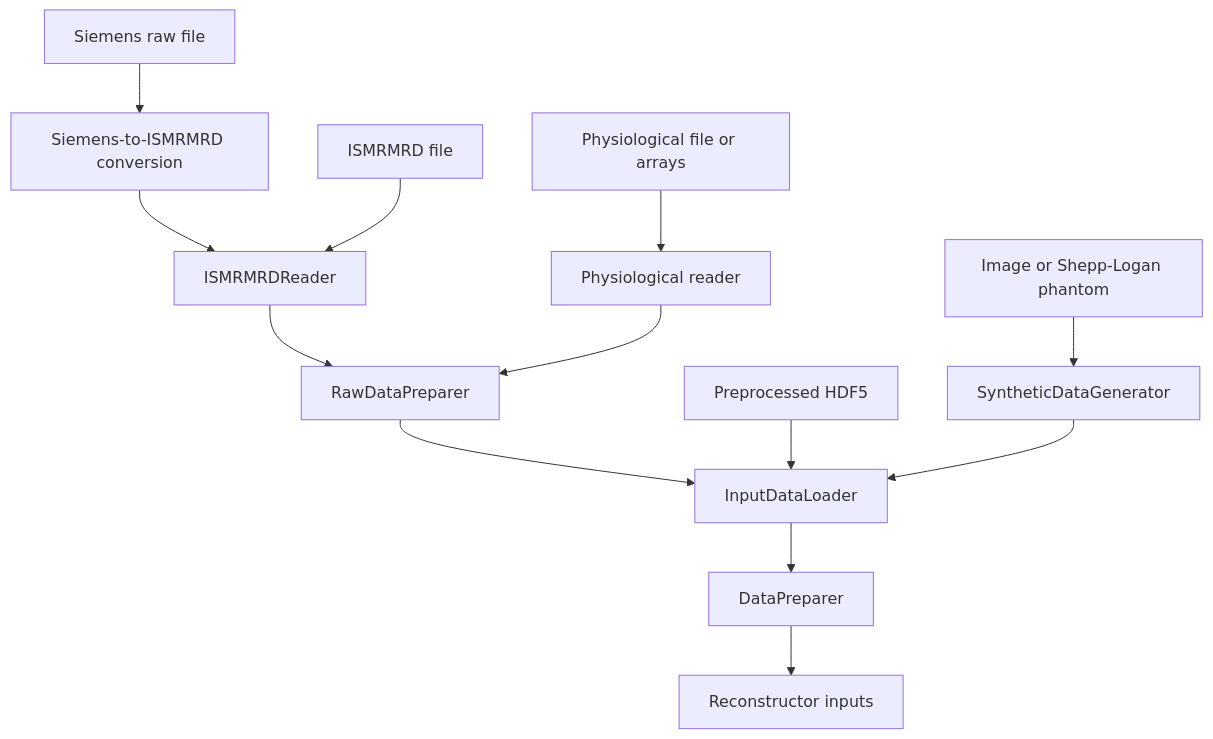
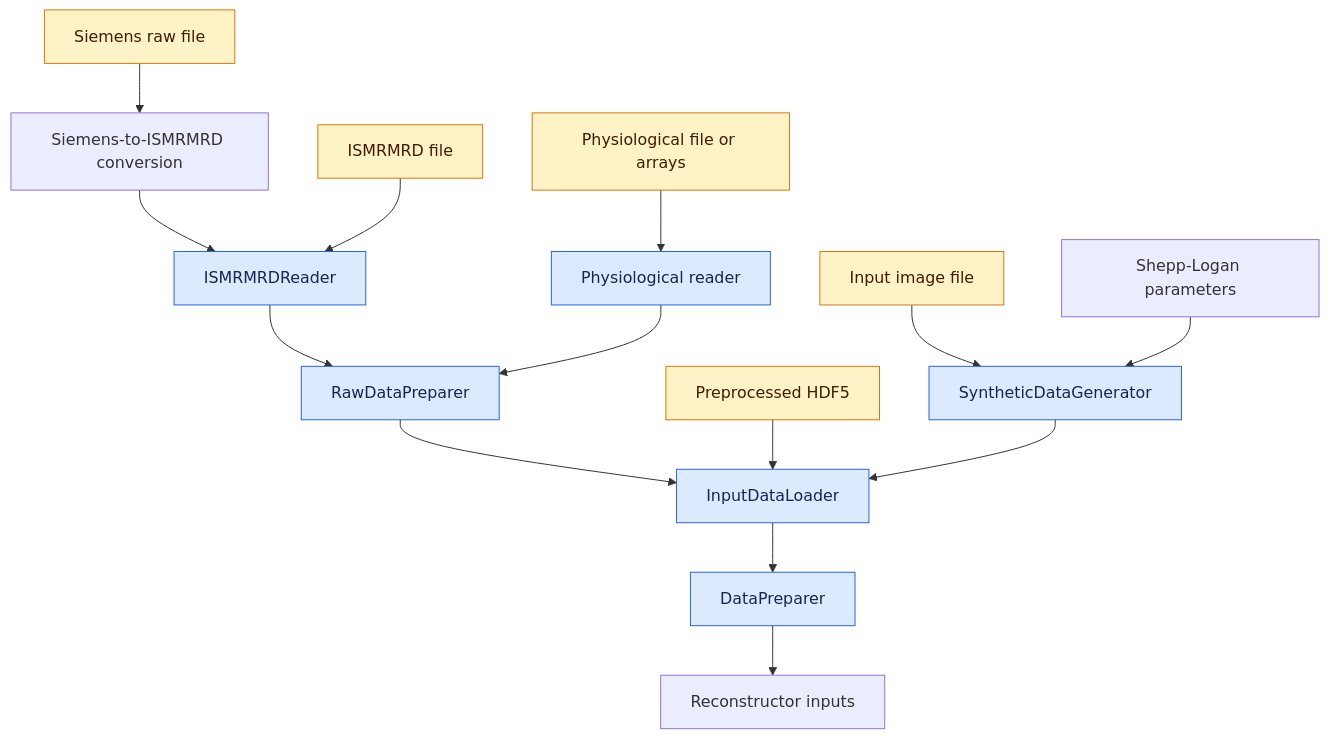
Before and after one commit to IADI-Nancy/GRICS-torch: the diagram in docs/architecture/preprocessing.md, drawn with Mermaid. The commit also changed other lines of this file, not shown here.

Commit message:
Formatting of the architecture docs

````diff
--- a/docs/architecture/preprocessing.md
+++ b/docs/architecture/preprocessing.md
@@ -10,15 +10,21 @@
 ```mermaid
 flowchart TD
     Siemens[Siemens raw file] --> Converter[Siemens-to-ISMRMRD conversion]
     Converter --> MRD[ISMRMRDReader]
     ISMRMRD[ISMRMRD file] --> MRD
     Physiology[Physiological file or arrays] --> PhysReader[Physiological reader]
     MRD --> Raw[RawDataPreparer]
     PhysReader --> Raw
     Raw --> Loader[InputDataLoader]
     Preprocessed[Preprocessed HDF5] --> Loader
-    Synthetic[Image or Shepp-Logan phantom] --> Generator[SyntheticDataGenerator]
+    ImageFile[Input image file] --> Generator[SyntheticDataGenerator]
+    Phantom[Shepp-Logan parameters] --> Generator
     Generator --> Loader
     Loader --> Prepared[DataPreparer]
     Prepared --> Reconstruction[Reconstructor inputs]
+
+    classDef pythonClass fill:#dbeafe,stroke:#2563eb,color:#172554
+    classDef inputFile fill:#fef3c7,stroke:#d97706,color:#451a03
+    class MRD,PhysReader,Raw,Loader,Generator,Prepared pythonClass
+    class Siemens,ISMRMRD,Physiology,Preprocessed,ImageFile inputFile
 ```
````
